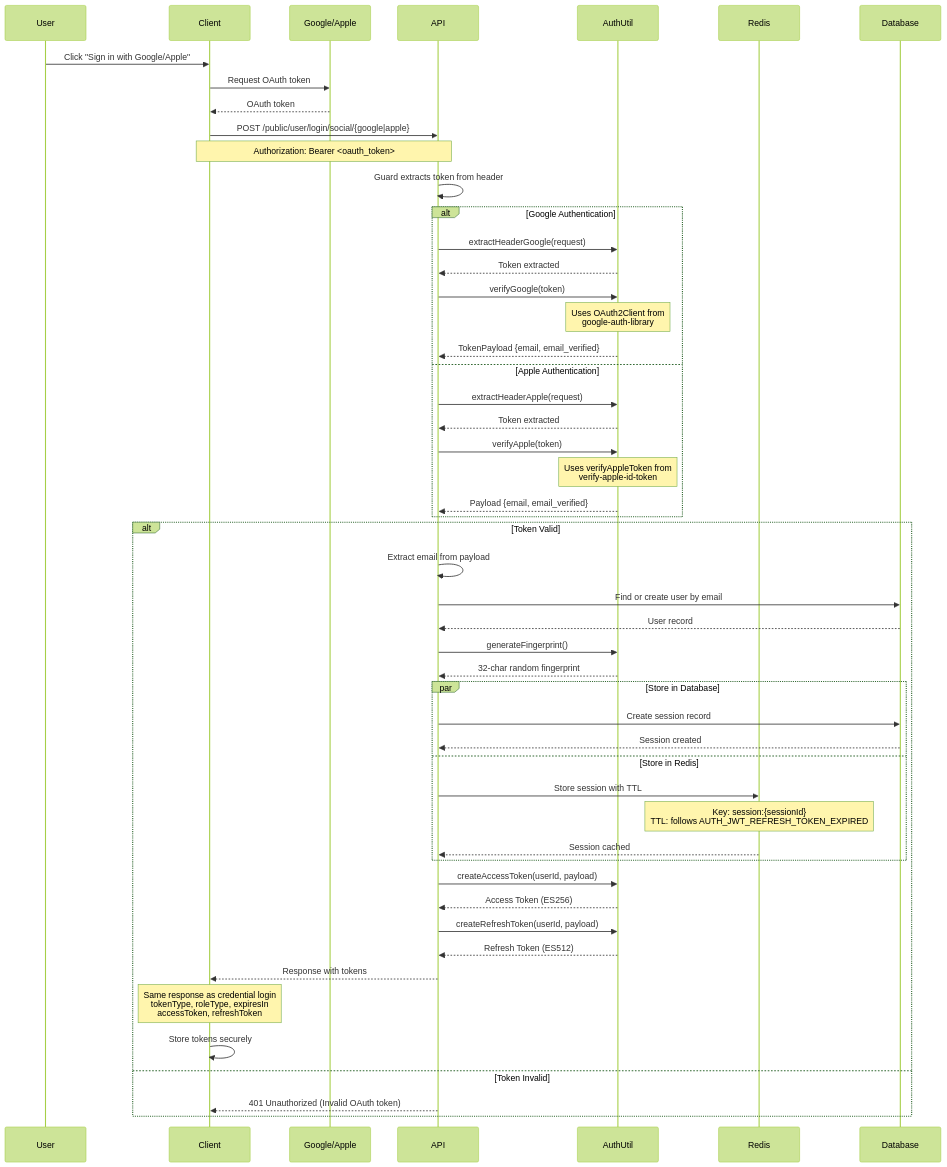
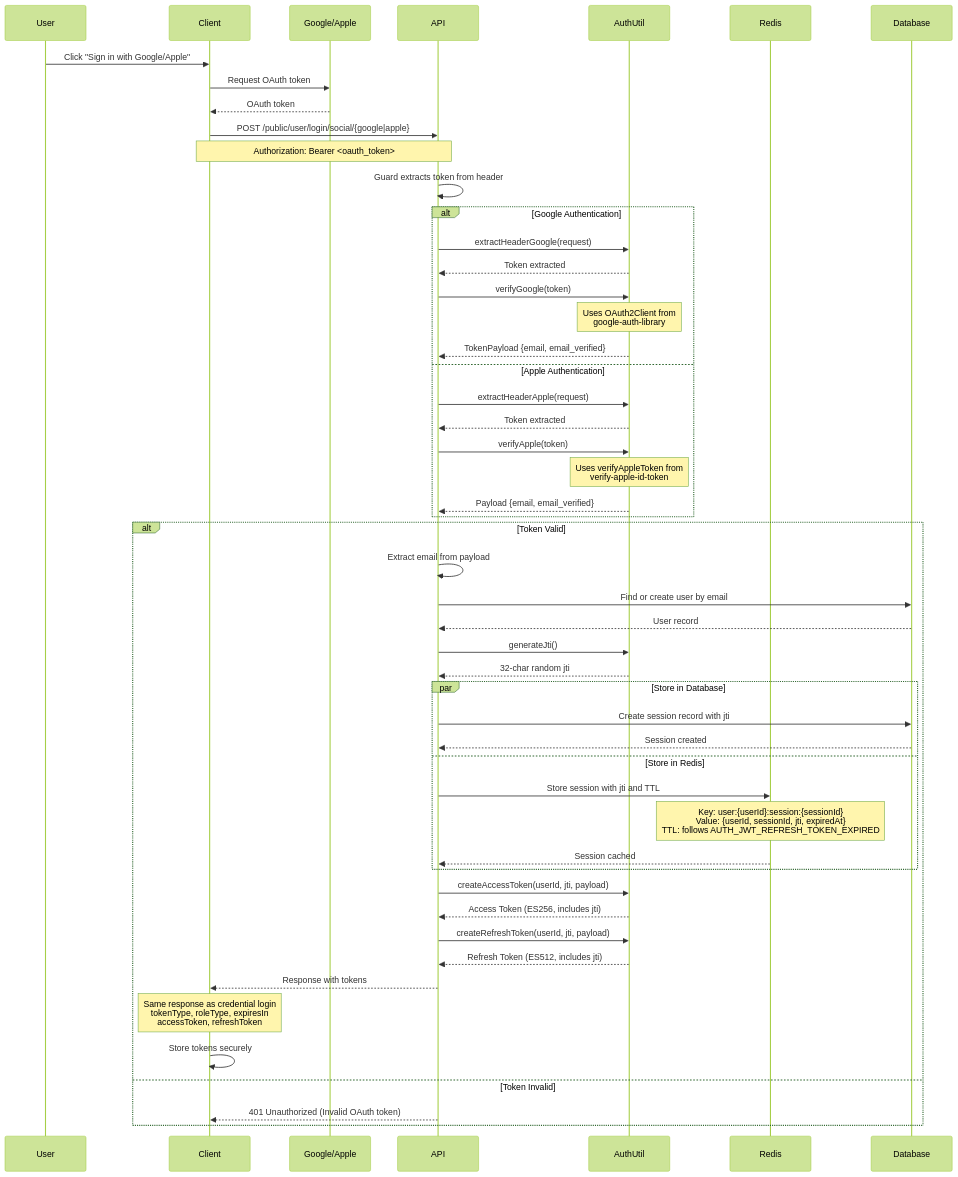
Before and after one commit to fedi-dayeg/complete-nestjs-boilerplate: the fourth of 7 diagrams in docs/authentication.md, drawn with Mermaid (forest theme). The commit also changed other lines of this file, not shown here.

````diff
--- a/docs/authentication.md
+++ b/docs/authentication.md
@@ -533,64 +546,64 @@
 ```mermaid
 sequenceDiagram
     participant User
     participant Client
     participant GoogleApple as Google/Apple
     participant API
     participant AuthUtil
     participant Redis
     participant Database
 
     User->>Client: Click "Sign in with Google/Apple"
     Client->>GoogleApple: Request OAuth token
     GoogleApple-->>Client: OAuth token
     
     Client->>API: POST /public/user/login/social/{google|apple}
     Note over Client,API: Authorization: Bearer <oauth_token>
     
     API->>API: Guard extracts token from header
     
     alt Google Authentication
         API->>AuthUtil: extractHeaderGoogle(request)
         AuthUtil-->>API: Token extracted
         API->>AuthUtil: verifyGoogle(token)
         Note over AuthUtil: Uses OAuth2Client from<br/>google-auth-library
         AuthUtil-->>API: TokenPayload {email, email_verified}
     else Apple Authentication
         API->>AuthUtil: extractHeaderApple(request)
         AuthUtil-->>API: Token extracted
         API->>AuthUtil: verifyApple(token)
         Note over AuthUtil: Uses verifyAppleToken from<br/>verify-apple-id-token
         AuthUtil-->>API: Payload {email, email_verified}
     end
     
     alt Token Valid
         API->>API: Extract email from payload
         API->>Database: Find or create user by email
         Database-->>API: User record
-        
-        API->>AuthUtil: generateFingerprint()
-        AuthUtil-->>API: 32-char random fingerprint
+
+        API->>AuthUtil: generateJti()
+        AuthUtil-->>API: 32-char random jti
         
         par Store in Database
-            API->>Database: Create session record
+            API->>Database: Create session record with jti
             Database-->>API: Session created
         and Store in Redis
-            API->>Redis: Store session with TTL
-            Note over Redis: Key: session:{sessionId}<br/>TTL: follows AUTH_JWT_REFRESH_TOKEN_EXPIRED
+            API->>Redis: Store session with jti and TTL
+            Note over Redis: Key: user:{userId}:session:{sessionId}<br/>Value: {userId, sessionId, jti, expiredAt}<br/>TTL: follows AUTH_JWT_REFRESH_TOKEN_EXPIRED
             Redis-->>API: Session cached
         end
-        
-        API->>AuthUtil: createAccessToken(userId, payload)
-        AuthUtil-->>API: Access Token (ES256)
-        API->>AuthUtil: createRefreshToken(userId, payload)
-        AuthUtil-->>API: Refresh Token (ES512)
+
+        API->>AuthUtil: createAccessToken(userId, jti, payload)
+        AuthUtil-->>API: Access Token (ES256, includes jti)
+        API->>AuthUtil: createRefreshToken(userId, jti, payload)
+        AuthUtil-->>API: Refresh Token (ES512, includes jti)
         
         API-->>Client: Response with tokens
         Note over Client: Same response as credential login<br/>tokenType, roleType, expiresIn<br/>accessToken, refreshToken
         
         Client->>Client: Store tokens securely
         
     else Token Invalid
         API-->>Client: 401 Unauthorized (Invalid OAuth token)
     end
 ```
````
